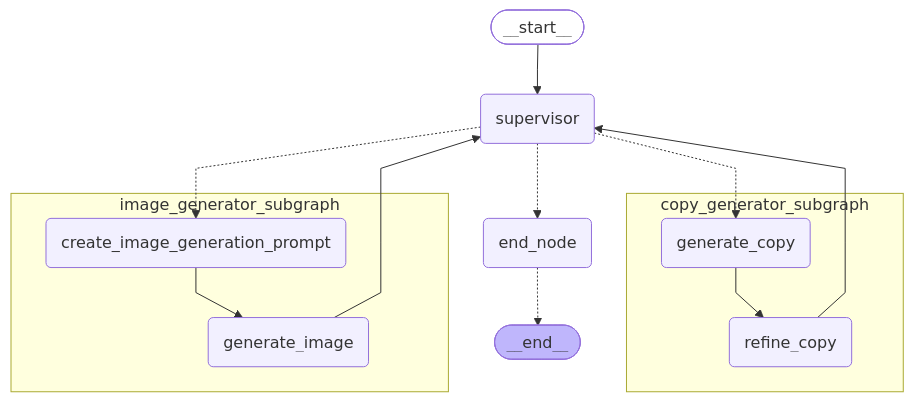
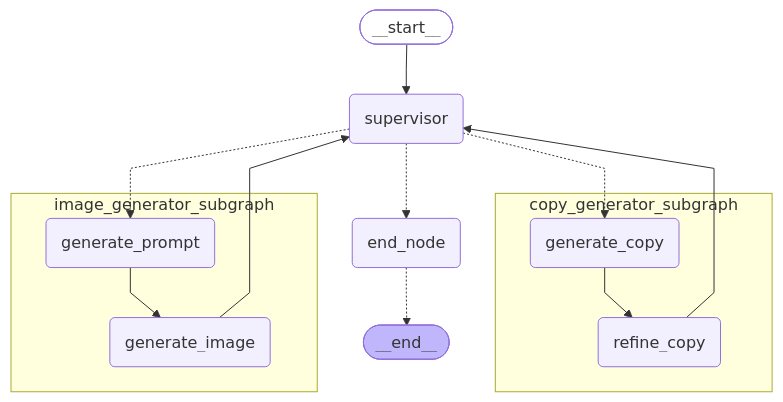
Before and after one commit to ren8k/streamlit-langgraph-multi-agent: the diagram in graph.md, drawn with Mermaid. The commit also changed 1 other file, not shown here.

Commit message:
Rename image generation methods for consistency and clarity

````diff
--- a/graph.md
+++ b/graph.md
@@ -1,28 +1,28 @@
 ```mermaid
 %%{init: {'flowchart': {'curve': 'linear'}}}%%
 graph TD;
 	__start__([<p>__start__</p>]):::first
 	supervisor(supervisor)
 	copy_generator_subgraph_generate_copy(generate_copy)
 	copy_generator_subgraph_refine_copy(refine_copy)
-	image_generator_subgraph_create_image_generation_prompt(create_image_generation_prompt)
+	image_generator_subgraph_generate_prompt(generate_prompt)
 	image_generator_subgraph_generate_image(generate_image)
 	end_node(end_node)
 	__end__([<p>__end__</p>]):::last
 	__start__ --> supervisor;
 	copy_generator_subgraph_refine_copy --> supervisor;
 	image_generator_subgraph_generate_image --> supervisor;
 	supervisor -.-> copy_generator_subgraph_generate_copy;
-	supervisor -.-> image_generator_subgraph_create_image_generation_prompt;
+	supervisor -.-> image_generator_subgraph_generate_prompt;
 	supervisor -.-> end_node;
 	end_node -.-> __end__;
 	subgraph copy_generator_subgraph
 	copy_generator_subgraph_generate_copy --> copy_generator_subgraph_refine_copy;
 	end
 	subgraph image_generator_subgraph
-	image_generator_subgraph_create_image_generation_prompt --> image_generator_subgraph_generate_image;
+	image_generator_subgraph_generate_prompt --> image_generator_subgraph_generate_image;
 	end
 	classDef default fill:#f2f0ff,line-height:1.2
 	classDef first fill-opacity:0
 	classDef last fill:#bfb6fc
 ```
````
